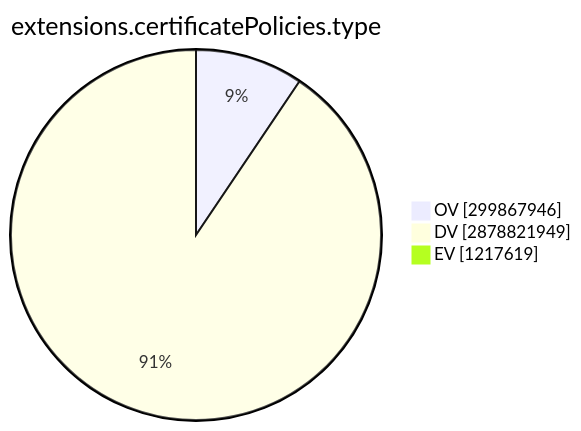
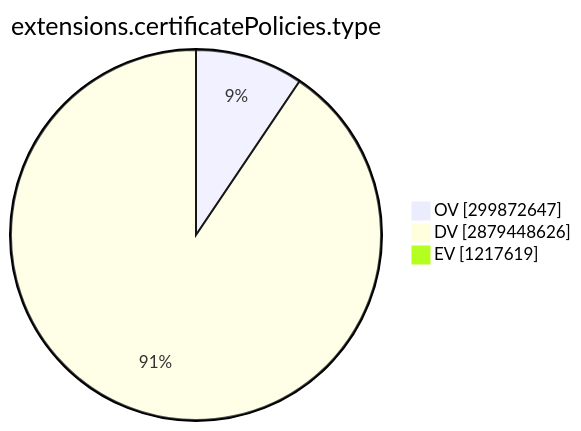
One commit to christiankrug/ctmonitor_visualization changed the ninth of 15 diagrams in TOTAL/README.md. Above: the diagram before and after it, drawn with Mermaid. The commit also changed other lines of this file, not shown here.

````diff
--- a/TOTAL/README.md
+++ b/TOTAL/README.md
@@ -3101,7 +3101,7 @@
 ```mermaid
 pie showData
 title extensions.certificatePolicies.type
-"OV" :299867946
-"DV" :2878821949
+"OV" :299872647
+"DV" :2879448626
 "EV" :1217619
 ```
````
